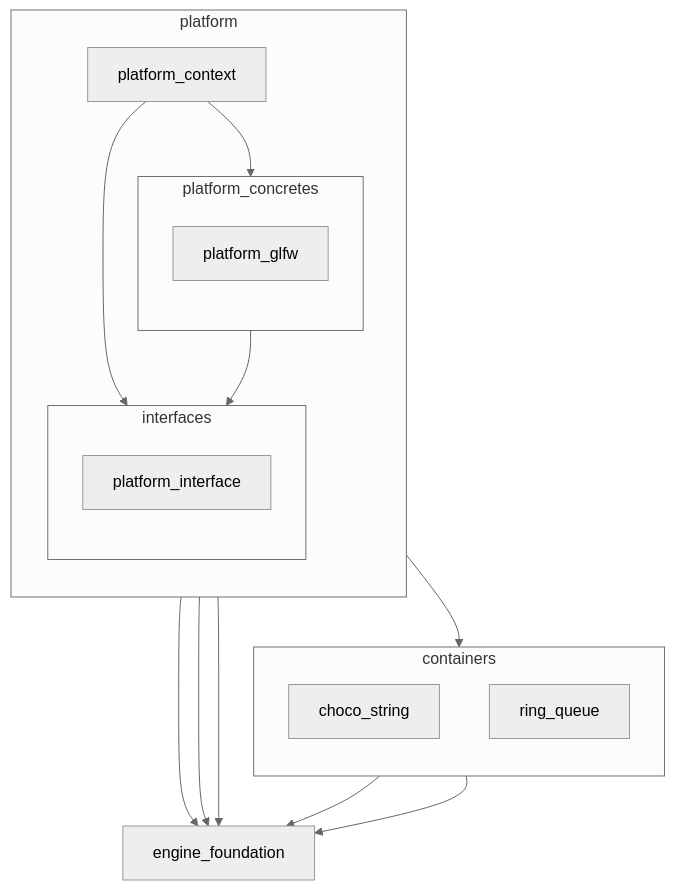
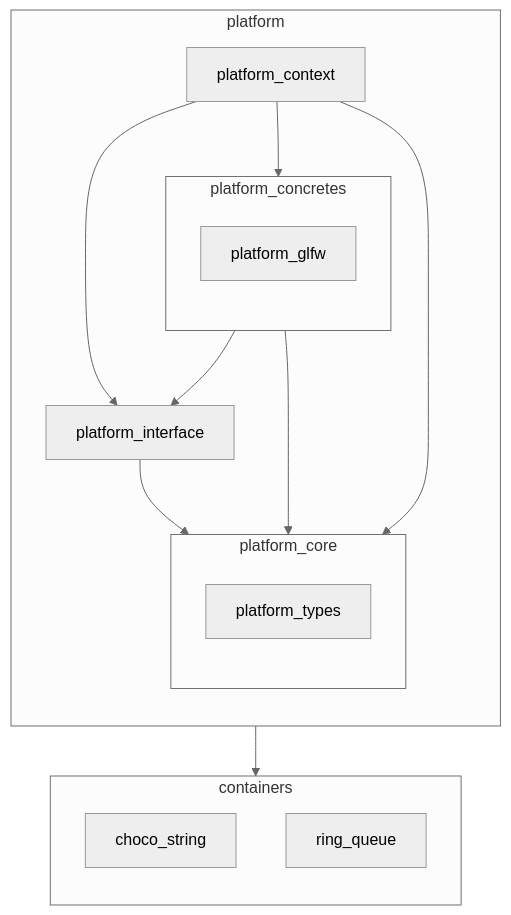
One commit to chocolate-pie24/gl_choco_engine changed the third of 4 diagrams in docs/layer.md. Above: the diagram before and after it, drawn with Mermaid (neutral theme). The commit also changed other lines of this file and 1 other file, not shown here.

````diff
--- a/docs/layer.md
+++ b/docs/layer.md
@@ -161,32 +158,29 @@
 ```mermaid
 graph TD
-  ENGINE_FOUNDATION[engine_foundation]
-
   subgraph CONTAINERS[containers]
     direction TB
     CHOCO_STRING[choco_string]
     RING_QUEUE[ring_queue]
   end
-  CHOCO_STRING --> ENGINE_FOUNDATION
-  RING_QUEUE --> ENGINE_FOUNDATION
 
   subgraph PLATFORM[platform]
     PLATFORM_CONTEXT[platform_context]
+    PLATFORM_INTERFACE[platform_interface]
     direction TB
-    subgraph INTERFACES[interfaces]
+    subgraph PLATFORM_CORE[platform_core]
       direction TB
-      PLATFORM_INTERFACE[platform_interface]
+      PLATFORM_TYPES[platform_types]
     end
     subgraph PLATFORM_CONCRETES[platform_concretes]
       direction TB
       PLATFORM_GLFW[platform_glfw]
     end
   end
-  PLATFORM_INTERFACE --> ENGINE_FOUNDATION
+  PLATFORM_INTERFACE --> PLATFORM_TYPES
   PLATFORM_GLFW --> PLATFORM_INTERFACE
-  PLATFORM_GLFW --> ENGINE_FOUNDATION
   PLATFORM_GLFW --> CHOCO_STRING
-  PLATFORM_CONTEXT --> ENGINE_FOUNDATION
+  PLATFORM_GLFW --> PLATFORM_TYPES
   PLATFORM_CONTEXT --> PLATFORM_INTERFACE
   PLATFORM_CONTEXT --> PLATFORM_GLFW
+  PLATFORM_CONTEXT --> PLATFORM_TYPES
 ```
````
